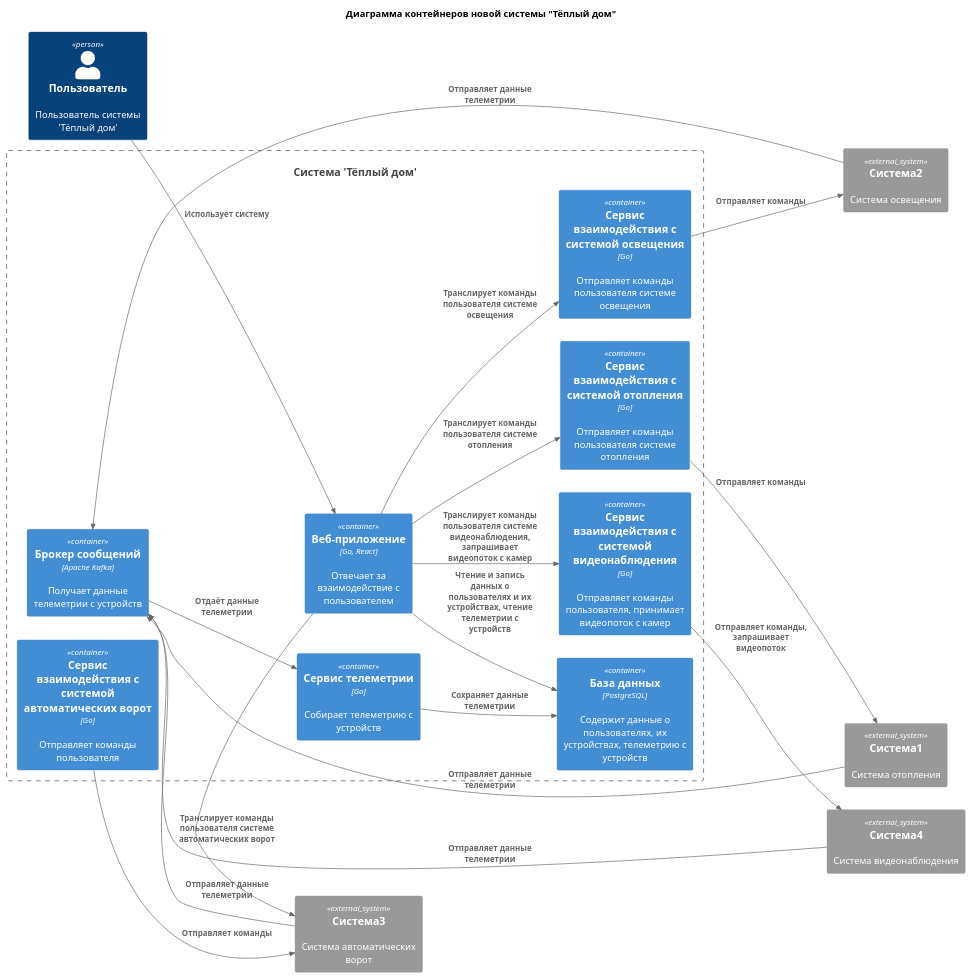
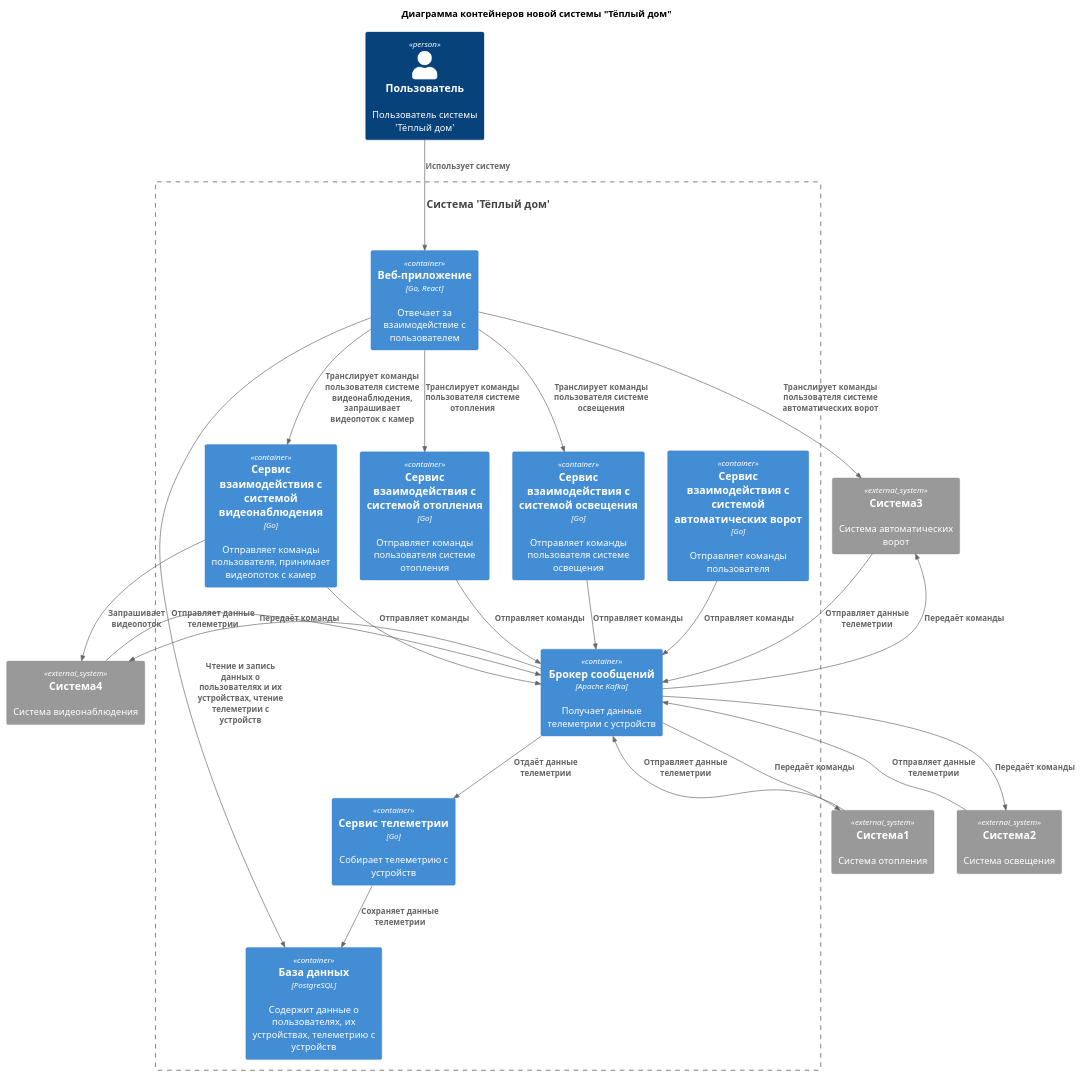
Before and after one commit to hammer-for-you/architecture-warmhouse: the diagram in с4/new-system-containers.puml, drawn with PlantUML. The commit also changed 1 other file, not shown here.

Commit message:
Задание 2. Диаграмма компонентов.

```diff
--- a/с4/new-system-containers.puml
+++ b/с4/new-system-containers.puml
@@ -1,45 +1,50 @@
 @startuml
 
 title Диаграмма контейнеров новой системы "Тёплый дом"
 
-left to right direction
+' left to right direction
 
 !includeurl https://raw.githubusercontent.com/plantuml-stdlib/C4-PlantUML/refs/heads/master/C4_Container.puml
 
 Person(user, "Пользователь", "Пользователь системы 'Тёплый дом'")
 System(warmhouseSystem, "Система 'Тёплый дом'")
 
 Container_Boundary(warmhouseSystem, "Система 'Тёплый дом'") {
     Container(webapp, "Веб-приложение", "Go, React", "Отвечает за взаимодействие с пользователем")
     Container(telemetryService, "Сервис телеметрии", "Go", "Собирает телеметрию с устройств")
     Container(heatingSystemService, "Сервис взаимодействия с системой отопления", "Go", "Отправляет команды пользователя системе отопления")
     Container(lightSystemService, "Сервис взаимодействия с системой освещения", "Go", "Отправляет команды пользователя системе освещения")
     Container(gateSystemService, "Сервис взаимодействия с системой автоматических ворот", "Go", "Отправляет команды пользователя")
     Container(videoSystemService, "Сервис взаимодействия с системой видеонаблюдения", "Go", "Отправляет команды пользователя, принимает видеопоток с камер")
     Container(messageBroker, "Брокер сообщений", "Apache Kafka", "Получает данные телеметрии с устройств")
     Container(db, "База данных", "PostgreSQL", "Содержит данные о пользователях, их устройствах, телеметрию с устройств")
 }
 
 System_Ext(heatingSystem, "Система1", "Система отопления")
 System_Ext(lightSystem, "Система2", "Система освещения")
 System_Ext(gateSystem, "Система3", "Система автоматических ворот")
 System_Ext(videoSystem, "Система4", "Система видеонаблюдения")
 
 Rel(user, webapp, "Использует систему")
 Rel(webapp, db, "Чтение и запись данных о пользователях и их устройствах, чтение телеметрии с устройств")
 Rel(telemetryService, db, "Сохраняет данные телеметрии")
 Rel(messageBroker, telemetryService, "Отдаёт данные телеметрии")
 Rel(heatingSystem, messageBroker, "Отправляет данные телеметрии")
 Rel(lightSystem, messageBroker, "Отправляет данные телеметрии")
 Rel(gateSystem, messageBroker, "Отправляет данные телеметрии")
 Rel(videoSystem, messageBroker, "Отправляет данные телеметрии")
-Rel(heatingSystemService, heatingSystem, "Отправляет команды")
-Rel(lightSystemService, lightSystem, "Отправляет команды")
-Rel(gateSystemService, gateSystem, "Отправляет команды")
-Rel(videoSystemService, videoSystem, "Отправляет команды, запрашивает видеопоток")
+Rel(heatingSystemService, messageBroker, "Отправляет команды")
+Rel(lightSystemService, messageBroker, "Отправляет команды")
+Rel(gateSystemService, messageBroker, "Отправляет команды")
+Rel(videoSystemService, messageBroker, "Отправляет команды")
+Rel(videoSystemService, videoSystem, "Запрашивает видеопоток")
+Rel(messageBroker, heatingSystem, "Передаёт команды")
+Rel(messageBroker, lightSystem, "Передаёт команды")
+Rel(messageBroker, gateSystem, "Передаёт команды")
+Rel(messageBroker, videoSystem, "Передаёт команды")
 Rel(webapp, heatingSystemService, "Транслирует команды пользователя системе отопления")
 Rel(webapp, lightSystemService, "Транслирует команды пользователя системе освещения")
 Rel(webapp, gateSystem, "Транслирует команды пользователя системе автоматических ворот")
 Rel(webapp, videoSystemService, "Транслирует команды пользователя системе видеонаблюдения, запрашивает видеопоток с камер")
 
 @enduml
```
